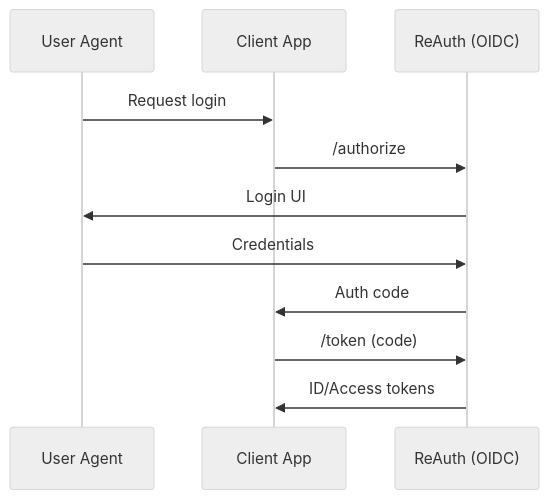
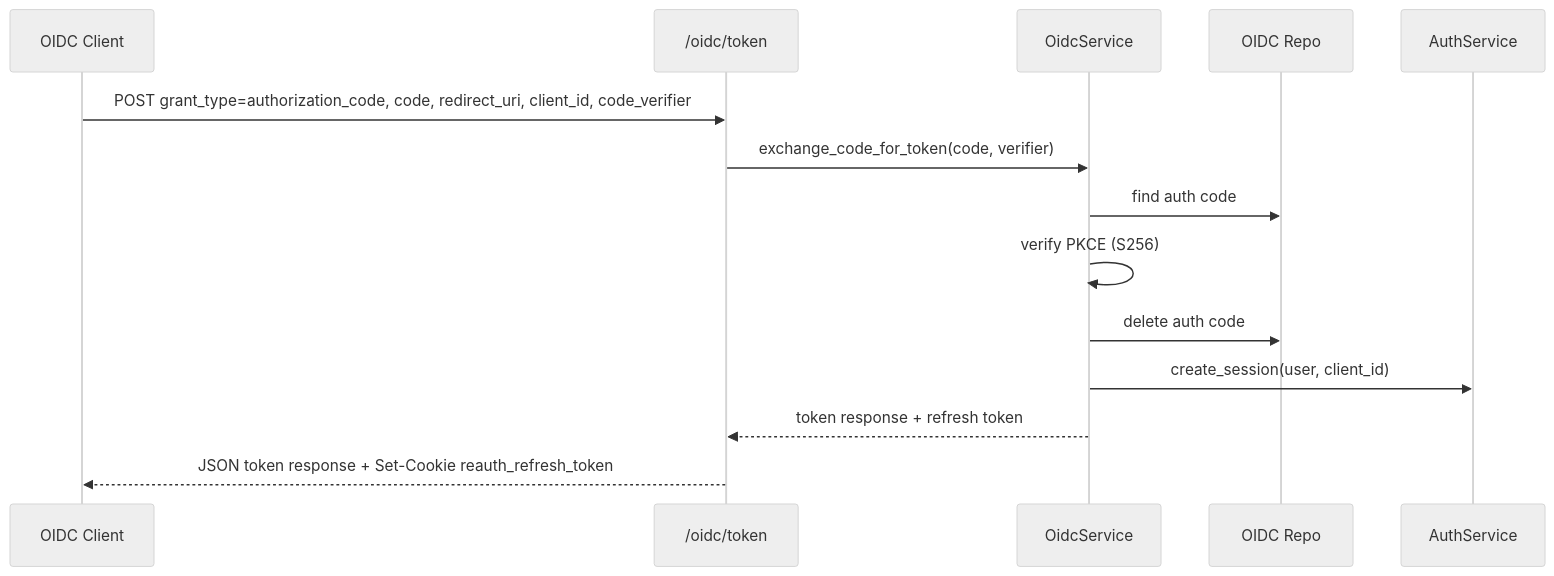
One commit to sagargupta2001/ReAuth changed the third of 4 diagrams in docs/memory/04-oidc-sso-flows.md. Above: the diagram before and after it, drawn with Mermaid (neutral theme). The commit also changed other lines of this file and 12 other files, not shown here.

````diff
--- a/docs/memory/04-oidc-sso-flows.md
+++ b/docs/memory/04-oidc-sso-flows.md
@@ -4,13 +57,17 @@
 ```mermaid
 sequenceDiagram
-  participant U as User Agent
-  participant C as Client App
-  participant I as ReAuth (OIDC)
-  U->>C: Request login
-  C->>I: /authorize
-  I->>U: Login UI
-  U->>I: Credentials
-  I->>C: Auth code
-  C->>I: /token (code)
-  I->>C: ID/Access tokens
+  participant Client as OIDC Client
+  participant Token as /oidc/token
+  participant OIDC as OidcService
+  participant Repo as OIDC Repo
+  participant Auth as AuthService
+
+  Client->>Token: POST grant_type=authorization_code, code, redirect_uri, client_id, code_verifier
+  Token->>OIDC: exchange_code_for_token(code, verifier)
+  OIDC->>Repo: find auth code
+  OIDC->>OIDC: verify PKCE (S256)
+  OIDC->>Repo: delete auth code
+  OIDC->>Auth: create_session(user, client_id)
+  OIDC-->>Token: token response + refresh token
+  Token-->>Client: JSON token response + Set-Cookie reauth_refresh_token
 ```
````
